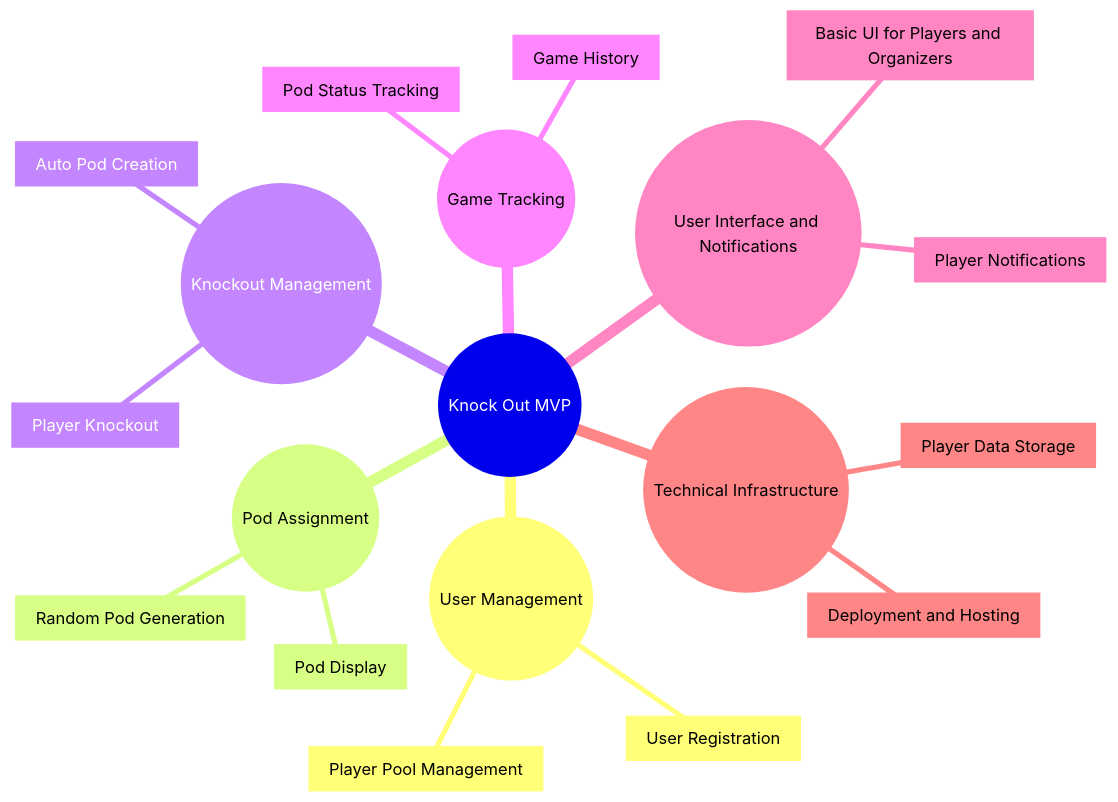
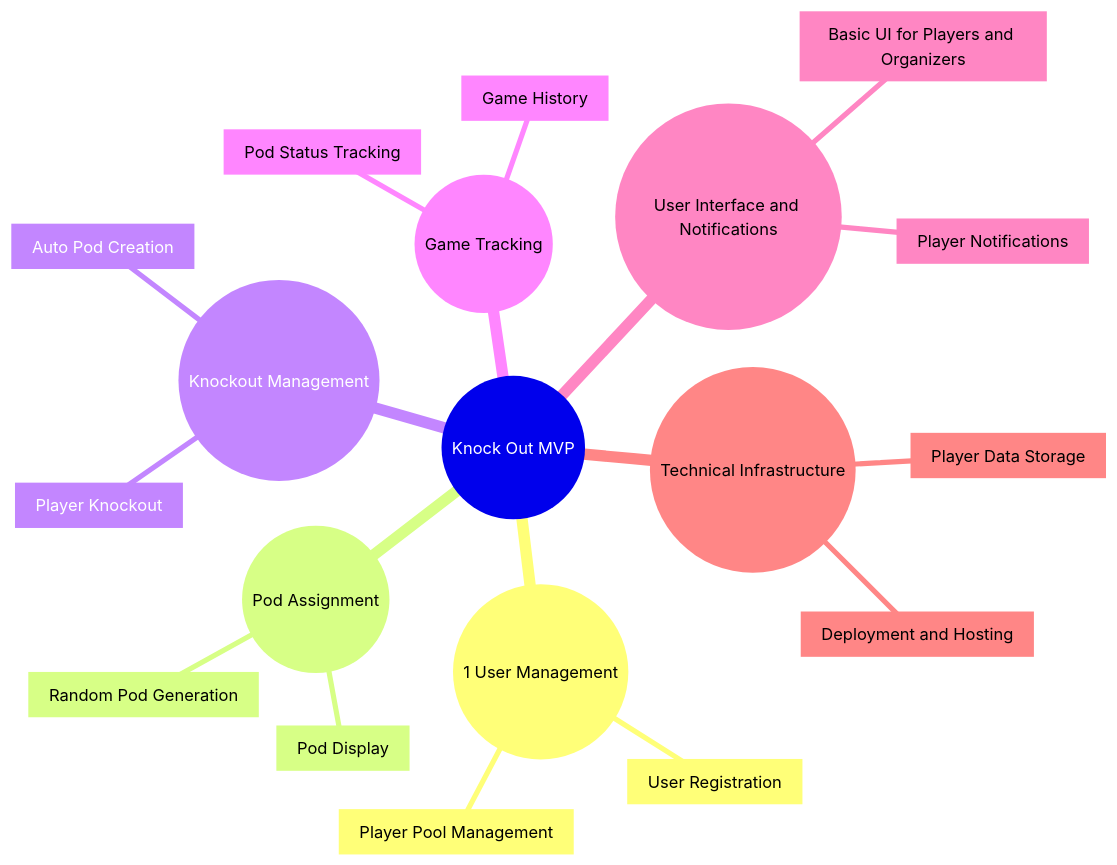
Before and after one commit to SamBWagner/knock-out: the second of 2 diagrams in README.md, drawn with Mermaid.

````diff
--- a/README.md
+++ b/README.md
@@ -60,22 +60,22 @@
 ```mermaid
 mindmap
   root((Knock Out MVP))
-    Epic1(("User Management"))
+    Epic1(("1 User Management"))
       PBI1.1["User Registration"]
       PBI1.2["Player Pool Management"]
     Epic2(("Pod Assignment"))
       PBI2.1["Random Pod Generation"]
       PBI2.2["Pod Display"]
     Epic3(("Knockout Management"))
       PBI3.1["Player Knockout"]
       PBI3.2["Auto Pod Creation"]
     Epic4(("Game Tracking"))
       PBI4.1["Pod Status Tracking"]
       PBI4.2["Game History"]
     Epic5(("User Interface and Notifications"))
       PBI5.1["Basic UI for Players and Organizers"]
       PBI5.2["Player Notifications"]
     Epic6(("Technical Infrastructure"))
       PBI6.1["Player Data Storage"]
       PBI6.2["Deployment and Hosting"]
 ```
````
